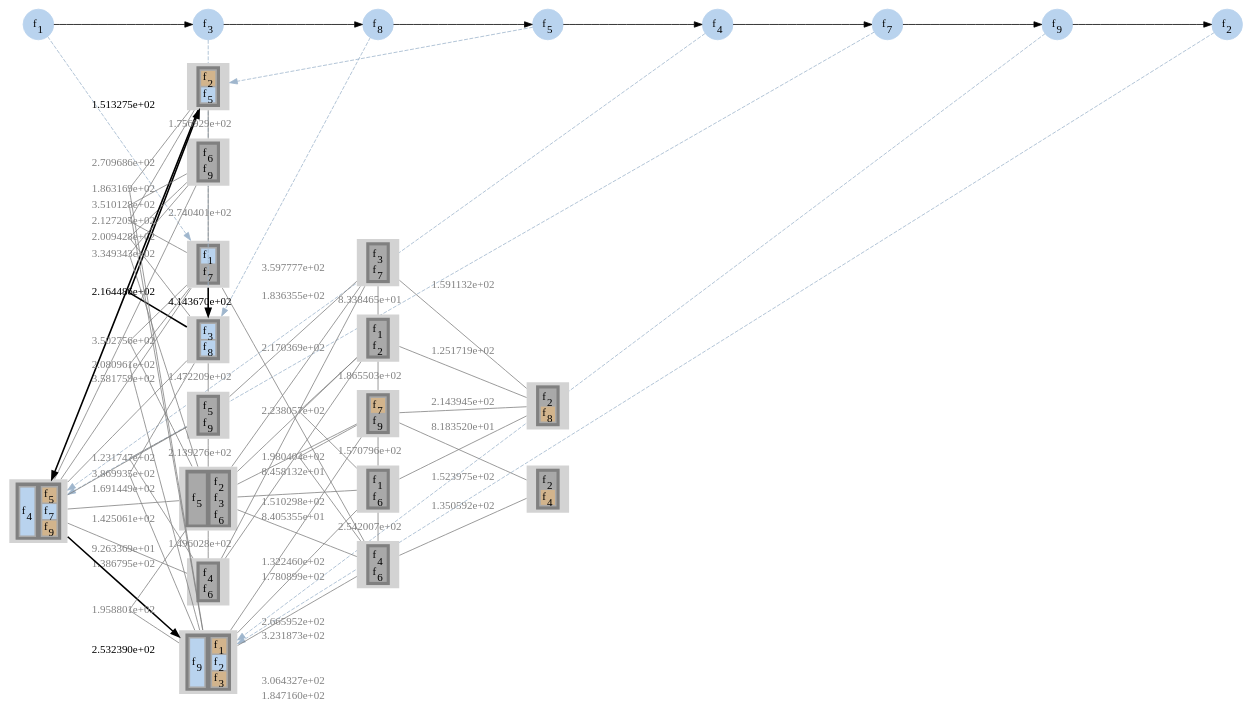
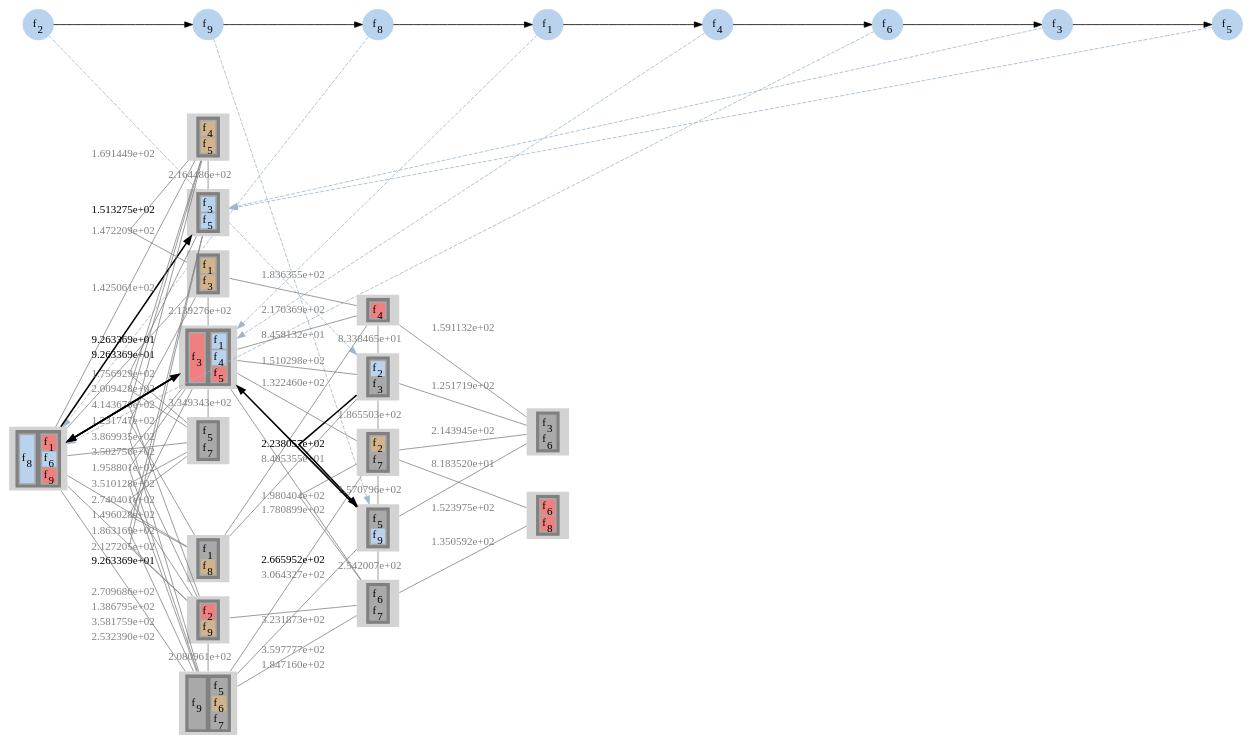
One commit to prateekshyap/SFC_Placement_in_VNF changed the diagram in output/newyork_16_49/gv/sfcAssgn2.gv. Above: the diagram before and after it, drawn with Graphviz. The commit also changed 15 other files, not shown here.

```diff
--- a/output/newyork_16_49/gv/sfcAssgn2.gv
+++ b/output/newyork_16_49/gv/sfcAssgn2.gv
@@ -5,29 +5,29 @@
 subgraph sfc
 {
 node [shape=circle]
+{rank = same; f2; };
+{rank = same; f9; };
+{rank = same; f8; };
 {rank = same; f1; };
+{rank = same; f4; };
+{rank = same; f6; };
 {rank = same; f3; };
-{rank = same; f8; };
 {rank = same; f5; };
-{rank = same; f4; };
-{rank = same; f7; };
-{rank = same; f9; };
-{rank = same; f2; };
+f2[style=filled label=<f<SUB>2</SUB>> color="slategray2"]
+f9[style=filled label=<f<SUB>9</SUB>> color="slategray2"]
+f8[style=filled label=<f<SUB>8</SUB>> color="slategray2"]
 f1[style=filled label=<f<SUB>1</SUB>> color="slategray2"]
+f4[style=filled label=<f<SUB>4</SUB>> color="slategray2"]
+f6[style=filled label=<f<SUB>6</SUB>> color="slategray2"]
 f3[style=filled label=<f<SUB>3</SUB>> color="slategray2"]
-f8[style=filled label=<f<SUB>8</SUB>> color="slategray2"]
 f5[style=filled label=<f<SUB>5</SUB>> color="slategray2"]
-f4[style=filled label=<f<SUB>4</SUB>> color="slategray2"]
-f7[style=filled label=<f<SUB>7</SUB>> color="slategray2"]
-f9[style=filled label=<f<SUB>9</SUB>> color="slategray2"]
-f2[style=filled label=<f<SUB>2</SUB>> color="slategray2"]
-f1 -> f3
-f3 -> f8
-f8 -> f5
-f5 -> f4
-f4 -> f7
-f7 -> f9
-f9 -> f2
+f2 -> f9
+f9 -> f8
+f8 -> f1
+f1 -> f4
+f4 -> f6
+f6 -> f3
+f3 -> f5
 }
 subgraph network
 {
@@ -36,14 +36,180 @@
 {rank = same; 2; 5; 6; 7; 8; 12; 13; 15; };
 {rank = same; 3; 4; 9; 10; 14; };
 {rank = same; 11; 16; };
-13[style=filled
+4[style=filled
 label=<
 <TABLE BORDER="0" BGCOLOR="gray">
 <TR>
 <TD>
 <TABLE BORDER="0" BGCOLOR="darkgray">
-<TR><TD PORT="f3" BGCOLOR="slategray2">f<SUB>1</SUB></TD></TR>
-<TR><TD PORT="f29" BGCOLOR="darkgray">f<SUB>7</SUB></TD></TR>
+<TR><TD PORT="f6" BGCOLOR="slategray2">f<SUB>2</SUB></TD></TR>
+<TR><TD PORT="f10" BGCOLOR="darkgray">f<SUB>3</SUB></TD></TR>
+</TABLE>
+</TD>
+</TR>
+</TABLE>>]
+
+10[style=filled
+label=<
+<TABLE BORDER="0" BGCOLOR="gray">
+<TR>
+<TD>
+<TABLE BORDER="0" BGCOLOR="darkgray">
+<TR><TD PORT="f21" BGCOLOR="darkgray">f<SUB>5</SUB></TD></TR>
+<TR><TD PORT="f38" BGCOLOR="slategray2">f<SUB>9</SUB></TD></TR>
+</TABLE>
+</TD>
+</TR>
+</TABLE>>]
+
+10[style=filled
+label=<
+<TABLE BORDER="0" BGCOLOR="gray">
+<TR>
+<TD>
+<TABLE BORDER="0" BGCOLOR="darkgray">
+<TR><TD PORT="f21" BGCOLOR="darkgray">f<SUB>5</SUB></TD></TR>
+<TR><TD PORT="f38" BGCOLOR="slategray2">f<SUB>9</SUB></TD></TR>
+</TABLE>
+</TD>
+</TR>
+</TABLE>>]
+
+1[style=filled
+label=<
+<TABLE BORDER="0" BGCOLOR="gray">
+<TR>
+<TD>
+<TABLE BORDER="0" BGCOLOR="darkgray">
+<TR><TD PORT="f32" BGCOLOR="slategray2">f<SUB>8</SUB></TD></TR>
+</TABLE>
+</TD>
+<TD>
+<TABLE BORDER="0" BGCOLOR="darkgray">
+<TR><TD PORT="f2" BGCOLOR="lightcoral">f<SUB>1</SUB></TD></TR>
+<TR><TD PORT="f26" BGCOLOR="slategray2">f<SUB>6</SUB></TD></TR>
+<TR><TD PORT="f36" BGCOLOR="lightcoral">f<SUB>9</SUB></TD></TR>
+</TABLE>
+</TD>
+</TR>
+</TABLE>>]
+
+1[style=filled
+label=<
+<TABLE BORDER="0" BGCOLOR="gray">
+<TR>
+<TD>
+<TABLE BORDER="0" BGCOLOR="darkgray">
+<TR><TD PORT="f32" BGCOLOR="slategray2">f<SUB>8</SUB></TD></TR>
+</TABLE>
+</TD>
+<TD>
+<TABLE BORDER="0" BGCOLOR="darkgray">
+<TR><TD PORT="f2" BGCOLOR="lightcoral">f<SUB>1</SUB></TD></TR>
+<TR><TD PORT="f26" BGCOLOR="slategray2">f<SUB>6</SUB></TD></TR>
+<TR><TD PORT="f36" BGCOLOR="lightcoral">f<SUB>9</SUB></TD></TR>
+</TABLE>
+</TD>
+</TR>
+</TABLE>>]
+
+7[style=filled
+label=<
+<TABLE BORDER="0" BGCOLOR="gray">
+<TR>
+<TD>
+<TABLE BORDER="0" BGCOLOR="darkgray">
+<TR><TD PORT="f8" BGCOLOR="lightcoral">f<SUB>3</SUB></TD></TR>
+</TABLE>
+</TD>
+<TD>
+<TABLE BORDER="0" BGCOLOR="darkgray">
+<TR><TD PORT="f1" BGCOLOR="slategray2">f<SUB>1</SUB></TD></TR>
+<TR><TD PORT="f13" BGCOLOR="slategray2">f<SUB>4</SUB></TD></TR>
+<TR><TD PORT="f17" BGCOLOR="lightcoral">f<SUB>5</SUB></TD></TR>
+</TABLE>
+</TD>
+</TR>
+</TABLE>>]
+
+7[style=filled
+label=<
+<TABLE BORDER="0" BGCOLOR="gray">
+<TR>
+<TD>
+<TABLE BORDER="0" BGCOLOR="darkgray">
+<TR><TD PORT="f8" BGCOLOR="lightcoral">f<SUB>3</SUB></TD></TR>
+</TABLE>
+</TD>
+<TD>
+<TABLE BORDER="0" BGCOLOR="darkgray">
+<TR><TD PORT="f1" BGCOLOR="slategray2">f<SUB>1</SUB></TD></TR>
+<TR><TD PORT="f13" BGCOLOR="slategray2">f<SUB>4</SUB></TD></TR>
+<TR><TD PORT="f17" BGCOLOR="lightcoral">f<SUB>5</SUB></TD></TR>
+</TABLE>
+</TD>
+</TR>
+</TABLE>>]
+
+7[style=filled
+label=<
+<TABLE BORDER="0" BGCOLOR="gray">
+<TR>
+<TD>
+<TABLE BORDER="0" BGCOLOR="darkgray">
+<TR><TD PORT="f8" BGCOLOR="lightcoral">f<SUB>3</SUB></TD></TR>
+</TABLE>
+</TD>
+<TD>
+<TABLE BORDER="0" BGCOLOR="darkgray">
+<TR><TD PORT="f1" BGCOLOR="slategray2">f<SUB>1</SUB></TD></TR>
+<TR><TD PORT="f13" BGCOLOR="slategray2">f<SUB>4</SUB></TD></TR>
+<TR><TD PORT="f17" BGCOLOR="lightcoral">f<SUB>5</SUB></TD></TR>
+</TABLE>
+</TD>
+</TR>
+</TABLE>>]
+
+1[style=filled
+label=<
+<TABLE BORDER="0" BGCOLOR="gray">
+<TR>
+<TD>
+<TABLE BORDER="0" BGCOLOR="darkgray">
+<TR><TD PORT="f32" BGCOLOR="slategray2">f<SUB>8</SUB></TD></TR>
+</TABLE>
+</TD>
+<TD>
+<TABLE BORDER="0" BGCOLOR="darkgray">
+<TR><TD PORT="f2" BGCOLOR="lightcoral">f<SUB>1</SUB></TD></TR>
+<TR><TD PORT="f26" BGCOLOR="slategray2">f<SUB>6</SUB></TD></TR>
+<TR><TD PORT="f36" BGCOLOR="lightcoral">f<SUB>9</SUB></TD></TR>
+</TABLE>
+</TD>
+</TR>
+</TABLE>>]
+
+5[style=filled
+label=<
+<TABLE BORDER="0" BGCOLOR="gray">
+<TR>
+<TD>
+<TABLE BORDER="0" BGCOLOR="darkgray">
+<TR><TD PORT="f11" BGCOLOR="slategray2">f<SUB>3</SUB></TD></TR>
+<TR><TD PORT="f20" BGCOLOR="slategray2">f<SUB>5</SUB></TD></TR>
+</TABLE>
+</TD>
+</TR>
+</TABLE>>]
+
+5[style=filled
+label=<
+<TABLE BORDER="0" BGCOLOR="gray">
+<TR>
+<TD>
+<TABLE BORDER="0" BGCOLOR="darkgray">
+<TR><TD PORT="f11" BGCOLOR="slategray2">f<SUB>3</SUB></TD></TR>
+<TR><TD PORT="f20" BGCOLOR="slategray2">f<SUB>5</SUB></TD></TR>
 </TABLE>
 </TD>
 </TR>
@@ -55,117 +221,60 @@
 <TR>
 <TD>
 <TABLE BORDER="0" BGCOLOR="darkgray">
-<TR><TD PORT="f13" BGCOLOR="slategray2">f<SUB>3</SUB></TD></TR>
-<TR><TD PORT="f32" BGCOLOR="slategray2">f<SUB>8</SUB></TD></TR>
+<TR><TD PORT="f14" BGCOLOR="tan">f<SUB>4</SUB></TD></TR>
+<TR><TD PORT="f19" BGCOLOR="tan">f<SUB>5</SUB></TD></TR>
 </TABLE>
 </TD>
 </TR>
 </TABLE>>]
 
-2[style=filled
+6[style=filled
 label=<
 <TABLE BORDER="0" BGCOLOR="gray">
 <TR>
 <TD>
 <TABLE BORDER="0" BGCOLOR="darkgray">
-<TR><TD PORT="f13" BGCOLOR="slategray2">f<SUB>3</SUB></TD></TR>
-<TR><TD PORT="f32" BGCOLOR="slategray2">f<SUB>8</SUB></TD></TR>
+<TR><TD PORT="f4" BGCOLOR="tan">f<SUB>1</SUB></TD></TR>
+<TR><TD PORT="f12" BGCOLOR="tan">f<SUB>3</SUB></TD></TR>
 </TABLE>
 </TD>
 </TR>
 </TABLE>>]
 
-2[style=filled
+8[style=filled
 label=<
 <TABLE BORDER="0" BGCOLOR="gray">
 <TR>
 <TD>
 <TABLE BORDER="0" BGCOLOR="darkgray">
-<TR><TD PORT="f13" BGCOLOR="slategray2">f<SUB>3</SUB></TD></TR>
-<TR><TD PORT="f32" BGCOLOR="slategray2">f<SUB>8</SUB></TD></TR>
+<TR><TD PORT="f3" BGCOLOR="darkgray">f<SUB>1</SUB></TD></TR>
+<TR><TD PORT="f34" BGCOLOR="tan">f<SUB>8</SUB></TD></TR>
 </TABLE>
 </TD>
 </TR>
 </TABLE>>]
 
-5[style=filled
+12[style=filled
 label=<
 <TABLE BORDER="0" BGCOLOR="gray">
 <TR>
 <TD>
 <TABLE BORDER="0" BGCOLOR="darkgray">
-<TR><TD PORT="f8" BGCOLOR="tan">f<SUB>2</SUB></TD></TR>
-<TR><TD PORT="f21" BGCOLOR="slategray2">f<SUB>5</SUB></TD></TR>
+<TR><TD PORT="f22" BGCOLOR="darkgray">f<SUB>5</SUB></TD></TR>
+<TR><TD PORT="f31" BGCOLOR="darkgray">f<SUB>7</SUB></TD></TR>
 </TABLE>
 </TD>
 </TR>
 </TABLE>>]
 
-5[style=filled
+13[style=filled
 label=<
 <TABLE BORDER="0" BGCOLOR="gray">
 <TR>
 <TD>
 <TABLE BORDER="0" BGCOLOR="darkgray">
-<TR><TD PORT="f8" BGCOLOR="tan">f<SUB>2</SUB></TD></TR>
-<TR><TD PORT="f21" BGCOLOR="slategray2">f<SUB>5</SUB></TD></TR>
-</TABLE>
-</TD>
-</TR>
-</TABLE>>]
-
-1[style=filled
-label=<
-<TABLE BORDER="0" BGCOLOR="gray">
-<TR>
-<TD>
-<TABLE BORDER="0" BGCOLOR="darkgray">
-<TR><TD PORT="f17" BGCOLOR="slategray2">f<SUB>4</SUB></TD></TR>
-</TABLE>
-</TD>
-<TD>
-<TABLE BORDER="0" BGCOLOR="darkgray">
-<TR><TD PORT="f22" BGCOLOR="tan">f<SUB>5</SUB></TD></TR>
-<TR><TD PORT="f30" BGCOLOR="slategray2">f<SUB>7</SUB></TD></TR>
-<TR><TD PORT="f35" BGCOLOR="tan">f<SUB>9</SUB></TD></TR>
-</TABLE>
-</TD>
-</TR>
-</TABLE>>]
-
-1[style=filled
-label=<
-<TABLE BORDER="0" BGCOLOR="gray">
-<TR>
-<TD>
-<TABLE BORDER="0" BGCOLOR="darkgray">
-<TR><TD PORT="f17" BGCOLOR="slategray2">f<SUB>4</SUB></TD></TR>
-</TABLE>
-</TD>
-<TD>
-<TABLE BORDER="0" BGCOLOR="darkgray">
-<TR><TD PORT="f22" BGCOLOR="tan">f<SUB>5</SUB></TD></TR>
-<TR><TD PORT="f30" BGCOLOR="slategray2">f<SUB>7</SUB></TD></TR>
-<TR><TD PORT="f35" BGCOLOR="tan">f<SUB>9</SUB></TD></TR>
-</TABLE>
-</TD>
-</TR>
-</TABLE>>]
-
-1[style=filled
-label=<
-<TABLE BORDER="0" BGCOLOR="gray">
-<TR>
-<TD>
-<TABLE BORDER="0" BGCOLOR="darkgray">
-<TR><TD PORT="f17" BGCOLOR="slategray2">f<SUB>4</SUB></TD></TR>
-</TABLE>
-</TD>
-<TD>
-<TABLE BORDER="0" BGCOLOR="darkgray">
-<TR><TD PORT="f22" BGCOLOR="tan">f<SUB>5</SUB></TD></TR>
-<TR><TD PORT="f30" BGCOLOR="slategray2">f<SUB>7</SUB></TD></TR>
-<TR><TD PORT="f35" BGCOLOR="tan">f<SUB>9</SUB></TD></TR>
+<TR><TD PORT="f7" BGCOLOR="lightcoral">f<SUB>2</SUB></TD></TR>
+<TR><TD PORT="f37" BGCOLOR="tan">f<SUB>9</SUB></TD></TR>
 </TABLE>
 </TD>
 </TR>
@@ -177,91 +286,14 @@
 <TR>
 <TD>
 <TABLE BORDER="0" BGCOLOR="darkgray">
-<TR><TD PORT="f34" BGCOLOR="slategray2">f<SUB>9</SUB></TD></TR>
+<TR><TD PORT="f35" BGCOLOR="darkgray">f<SUB>9</SUB></TD></TR>
 </TABLE>
 </TD>
 <TD>
 <TABLE BORDER="0" BGCOLOR="darkgray">
-<TR><TD PORT="f4" BGCOLOR="tan">f<SUB>1</SUB></TD></TR>
-<TR><TD PORT="f7" BGCOLOR="slategray2">f<SUB>2</SUB></TD></TR>
-<TR><TD PORT="f14" BGCOLOR="tan">f<SUB>3</SUB></TD></TR>
-</TABLE>
-</TD>
-</TR>
-</TABLE>>]
-
-15[style=filled
-label=<
-<TABLE BORDER="0" BGCOLOR="gray">
-<TR>
-<TD>
-<TABLE BORDER="0" BGCOLOR="darkgray">
-<TR><TD PORT="f34" BGCOLOR="slategray2">f<SUB>9</SUB></TD></TR>
-</TABLE>
-</TD>
-<TD>
-<TABLE BORDER="0" BGCOLOR="darkgray">
-<TR><TD PORT="f4" BGCOLOR="tan">f<SUB>1</SUB></TD></TR>
-<TR><TD PORT="f7" BGCOLOR="slategray2">f<SUB>2</SUB></TD></TR>
-<TR><TD PORT="f14" BGCOLOR="tan">f<SUB>3</SUB></TD></TR>
-</TABLE>
-</TD>
-</TR>
-</TABLE>>]
-
-6[style=filled
-label=<
-<TABLE BORDER="0" BGCOLOR="gray">
-<TR>
-<TD>
-<TABLE BORDER="0" BGCOLOR="darkgray">
-<TR><TD PORT="f20" BGCOLOR="darkgray">f<SUB>5</SUB></TD></TR>
-<TR><TD PORT="f38" BGCOLOR="darkgray">f<SUB>9</SUB></TD></TR>
-</TABLE>
-</TD>
-</TR>
-</TABLE>>]
-
-7[style=filled
-label=<
-<TABLE BORDER="0" BGCOLOR="gray">
-<TR>
-<TD>
-<TABLE BORDER="0" BGCOLOR="darkgray">
-<TR><TD PORT="f19" BGCOLOR="darkgray">f<SUB>5</SUB></TD></TR>
-</TABLE>
-</TD>
-<TD>
-<TABLE BORDER="0" BGCOLOR="darkgray">
-<TR><TD PORT="f9" BGCOLOR="darkgray">f<SUB>2</SUB></TD></TR>
-<TR><TD PORT="f12" BGCOLOR="darkgray">f<SUB>3</SUB></TD></TR>
-<TR><TD PORT="f24" BGCOLOR="darkgray">f<SUB>6</SUB></TD></TR>
-</TABLE>
-</TD>
-</TR>
-</TABLE>>]
-
-8[style=filled
-label=<
-<TABLE BORDER="0" BGCOLOR="gray">
-<TR>
-<TD>
-<TABLE BORDER="0" BGCOLOR="darkgray">
-<TR><TD PORT="f15" BGCOLOR="darkgray">f<SUB>4</SUB></TD></TR>
-<TR><TD PORT="f23" BGCOLOR="darkgray">f<SUB>6</SUB></TD></TR>
-</TABLE>
-</TD>
-</TR>
-</TABLE>>]
-
-12[style=filled
-label=<
-<TABLE BORDER="0" BGCOLOR="gray">
-<TR>
-<TD>
-<TABLE BORDER="0" BGCOLOR="darkgray">
-<TR><TD PORT="f27" BGCOLOR="darkgray">f<SUB>6</SUB></TD></TR>
-<TR><TD PORT="f37" BGCOLOR="darkgray">f<SUB>9</SUB></TD></TR>
+<TR><TD PORT="f18" BGCOLOR="darkgray">f<SUB>5</SUB></TD></TR>
+<TR><TD PORT="f23" BGCOLOR="tan">f<SUB>6</SUB></TD></TR>
+<TR><TD PORT="f29" BGCOLOR="darkgray">f<SUB>7</SUB></TD></TR>
 </TABLE>
 </TD>
 </TR>
@@ -273,21 +305,7 @@
 <TR>
 <TD>
 <TABLE BORDER="0" BGCOLOR="darkgray">
-<TR><TD PORT="f11" BGCOLOR="darkgray">f<SUB>3</SUB></TD></TR>
-<TR><TD PORT="f28" BGCOLOR="darkgray">f<SUB>7</SUB></TD></TR>
-</TABLE>
-</TD>
-</TR>
-</TABLE>>]
-
-4[style=filled
-label=<
-<TABLE BORDER="0" BGCOLOR="gray">
-<TR>
-<TD>
-<TABLE BORDER="0" BGCOLOR="darkgray">
-<TR><TD PORT="f1" BGCOLOR="darkgray">f<SUB>1</SUB></TD></TR>
-<TR><TD PORT="f5" BGCOLOR="darkgray">f<SUB>2</SUB></TD></TR>
+<TR><TD PORT="f15" BGCOLOR="lightcoral">f<SUB>4</SUB></TD></TR>
 </TABLE>
 </TD>
 </TR>
@@ -299,8 +317,8 @@
 <TR>
 <TD>
 <TABLE BORDER="0" BGCOLOR="darkgray">
-<TR><TD PORT="f10" BGCOLOR="darkgray">f<SUB>2</SUB></TD></TR>
-<TR><TD PORT="f33" BGCOLOR="tan">f<SUB>8</SUB></TD></TR>
+<TR><TD PORT="f9" BGCOLOR="darkgray">f<SUB>3</SUB></TD></TR>
+<TR><TD PORT="f24" BGCOLOR="darkgray">f<SUB>6</SUB></TD></TR>
 </TABLE>
 </TD>
 </TR>
@@ -312,21 +330,8 @@
 <TR>
 <TD>
 <TABLE BORDER="0" BGCOLOR="darkgray">
-<TR><TD PORT="f31" BGCOLOR="tan">f<SUB>7</SUB></TD></TR>
-<TR><TD PORT="f36" BGCOLOR="darkgray">f<SUB>9</SUB></TD></TR>
-</TABLE>
-</TD>
-</TR>
-</TABLE>>]
-
-10[style=filled
-label=<
-<TABLE BORDER="0" BGCOLOR="gray">
-<TR>
-<TD>
-<TABLE BORDER="0" BGCOLOR="darkgray">
-<TR><TD PORT="f2" BGCOLOR="darkgray">f<SUB>1</SUB></TD></TR>
-<TR><TD PORT="f25" BGCOLOR="darkgray">f<SUB>6</SUB></TD></TR>
+<TR><TD PORT="f5" BGCOLOR="tan">f<SUB>2</SUB></TD></TR>
+<TR><TD PORT="f28" BGCOLOR="darkgray">f<SUB>7</SUB></TD></TR>
 </TABLE>
 </TD>
 </TR>
@@ -338,8 +343,8 @@
 <TR>
 <TD>
 <TABLE BORDER="0" BGCOLOR="darkgray">
-<TR><TD PORT="f16" BGCOLOR="darkgray">f<SUB>4</SUB></TD></TR>
-<TR><TD PORT="f26" BGCOLOR="darkgray">f<SUB>6</SUB></TD></TR>
+<TR><TD PORT="f27" BGCOLOR="darkgray">f<SUB>6</SUB></TD></TR>
+<TR><TD PORT="f30" BGCOLOR="darkgray">f<SUB>7</SUB></TD></TR>
 </TABLE>
 </TD>
 </TR>
@@ -351,25 +356,29 @@
 <TR>
 <TD>
 <TABLE BORDER="0" BGCOLOR="darkgray">
-<TR><TD PORT="f6" BGCOLOR="darkgray">f<SUB>2</SUB></TD></TR>
-<TR><TD PORT="f18" BGCOLOR="tan">f<SUB>4</SUB></TD></TR>
+<TR><TD PORT="f25" BGCOLOR="lightcoral">f<SUB>6</SUB></TD></TR>
+<TR><TD PORT="f33" BGCOLOR="lightcoral">f<SUB>8</SUB></TD></TR>
 </TABLE>
 </TD>
 </TR>
 </TABLE>>]
 
-13 -> 2[label="4.143670e+02" color="black" penwidth=2]
-2 -> 5[label="2.164486e+02" color="black" penwidth=2]
-5 -> 1[label="1.513275e+02" color="black" penwidth=2]
-1 -> 15[label="2.532390e+02" color="black" penwidth=2]
+4 -> 10[label="2.238057e+02" color="black" penwidth=2]
+10 -> 7[label="2.665952e+02" color="black" penwidth=2]
+7 -> 1[label="9.263369e+01" color="black" penwidth=2]
+1 -> 7[label="9.263369e+01" color="black" penwidth=2]
+7 -> 1[label="9.263369e+01" color="black" penwidth=2]
+1 -> 5[label="1.513275e+02" color="black" penwidth=2]
 1 -> 2[label="1.691449e+02" color="gray" fontcolor="gray" dir = none]
 1 -> 6[label="1.425061e+02" color="gray" fontcolor="gray" dir = none]
-1 -> 7[label="9.263369e+01" color="gray" fontcolor="gray" dir = none]
 1 -> 8[label="1.386795e+02" color="gray" fontcolor="gray" dir = none]
 1 -> 12[label="2.709686e+02" color="gray" fontcolor="gray" dir = none]
 1 -> 13[label="3.581759e+02" color="gray" fontcolor="gray" dir = none]
+1 -> 15[label="2.532390e+02" color="gray" fontcolor="gray" dir = none]
+2 -> 5[label="2.164486e+02" color="gray" fontcolor="gray" dir = none]
 2 -> 6[label="1.472209e+02" color="gray" fontcolor="gray" dir = none]
 2 -> 12[label="2.009428e+02" color="gray" fontcolor="gray" dir = none]
+2 -> 13[label="4.143670e+02" color="gray" fontcolor="gray" dir = none]
 2 -> 15[label="3.869935e+02" color="gray" fontcolor="gray" dir = none]
 3 -> 4[label="8.338465e+01" color="gray" fontcolor="gray" dir = none]
 3 -> 6[label="1.836355e+02" color="gray" fontcolor="gray" dir = none]
@@ -379,7 +388,6 @@
 4 -> 7[label="1.510298e+02" color="gray" fontcolor="gray" dir = none]
 4 -> 8[label="8.405355e+01" color="gray" fontcolor="gray" dir = none]
 4 -> 9[label="1.865503e+02" color="gray" fontcolor="gray" dir = none]
-4 -> 10[label="2.238057e+02" color="gray" fontcolor="gray" dir = none]
 4 -> 11[label="1.251719e+02" color="gray" fontcolor="gray" dir = none]
 5 -> 12[label="1.756929e+02" color="gray" fontcolor="gray" dir = none]
 5 -> 13[label="2.127205e+02" color="gray" fontcolor="gray" dir = none]
@@ -388,7 +396,6 @@
 6 -> 8[label="1.231747e+02" color="gray" fontcolor="gray" dir = none]
 7 -> 8[label="1.496028e+02" color="gray" fontcolor="gray" dir = none]
 7 -> 9[label="1.322460e+02" color="gray" fontcolor="gray" dir = none]
-7 -> 10[label="2.665952e+02" color="gray" fontcolor="gray" dir = none]
 7 -> 12[label="3.349343e+02" color="gray" fontcolor="gray" dir = none]
 7 -> 13[label="3.502756e+02" color="gray" fontcolor="gray" dir = none]
 7 -> 14[label="3.064327e+02" color="gray" fontcolor="gray" dir = none]
@@ -409,12 +416,12 @@
 14 -> 16[label="1.350592e+02" color="gray" fontcolor="gray" dir = none]
 }
 splines=false
-f1 -> 13[color="slategray3" style=dashed constraint=false]
-f3 -> 2[color="slategray3" style=dashed constraint=false]
-f8 -> 2[color="slategray3" style=dashed constraint=false]
+f2 -> 4[color="slategray3" style=dashed constraint=false]
+f9 -> 10[color="slategray3" style=dashed constraint=false]
+f8 -> 1[color="slategray3" style=dashed constraint=false]
+f1 -> 7[color="slategray3" style=dashed constraint=false]
+f4 -> 7[color="slategray3" style=dashed constraint=false]
+f6 -> 1[color="slategray3" style=dashed constraint=false]
+f3 -> 5[color="slategray3" style=dashed constraint=false]
 f5 -> 5[color="slategray3" style=dashed constraint=false]
-f4 -> 1[color="slategray3" style=dashed constraint=false]
-f7 -> 1[color="slategray3" style=dashed constraint=false]
-f9 -> 15[color="slategray3" style=dashed constraint=false]
-f2 -> 15[color="slategray3" style=dashed constraint=false]
 }
```
